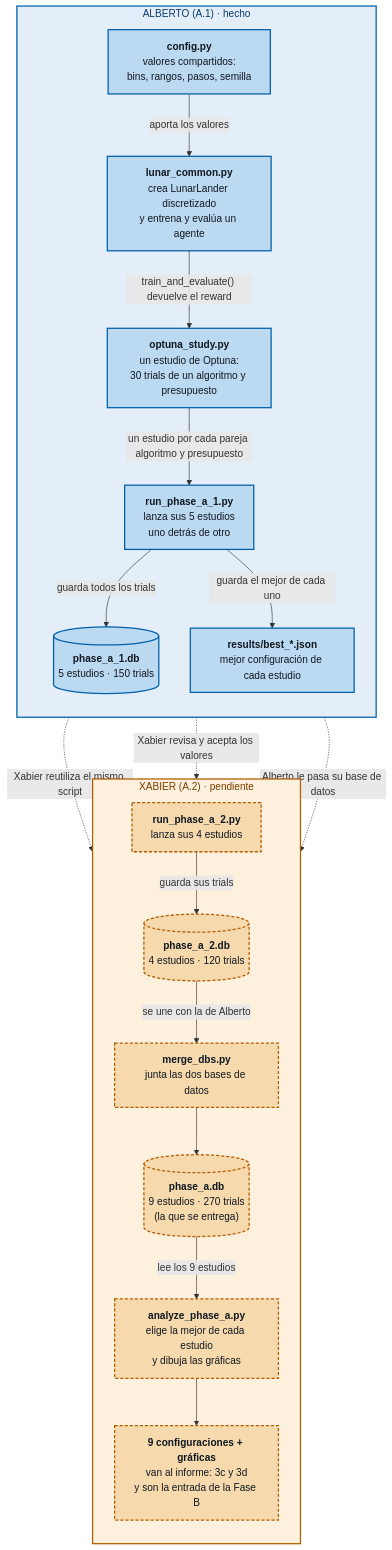
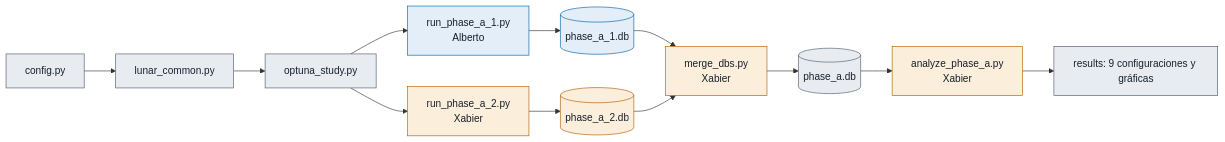
One commit to xabierabadperez/RL-Actividad_01 changed the diagram in ESTADO_EQUIPO.md. Above: the diagram before and after it, drawn with Mermaid. The commit also changed other lines of this file, not shown here.

````diff
--- a/ESTADO_EQUIPO.md
+++ b/ESTADO_EQUIPO.md
@@ -80,43 +80,20 @@
 ```mermaid
-flowchart TB
-    subgraph ALB["ALBERTO (A.1) · hecho"]
-        direction TB
-        C["<b>config.py</b><br/>valores compartidos:<br/>bins, rangos, pasos, semilla"]
-        L["<b>lunar_common.py</b><br/>crea LunarLander discretizado<br/>y entrena y evalúa un agente"]
-        O["<b>optuna_study.py</b><br/>un estudio de Optuna:<br/>30 trials de un algoritmo y presupuesto"]
-        R1["<b>run_phase_a_1.py</b><br/>lanza sus 5 estudios<br/>uno detrás de otro"]
-        D1[("<b>phase_a_1.db</b><br/>5 estudios · 150 trials")]
-        J1["<b>results/best_*.json</b><br/>mejor configuración de cada estudio"]
-        C -->|"aporta los valores"| L
-        L -->|"train_and_evaluate() devuelve el reward"| O
-        O -->|"un estudio por cada pareja algoritmo y presupuesto"| R1
-        R1 -->|"guarda todos los trials"| D1
-        R1 -->|"guarda el mejor de cada uno"| J1
-    end
+flowchart LR
+    C[config.py] --> L[lunar_common.py] --> O[optuna_study.py]
+    O --> R1[run_phase_a_1.py<br/>Alberto]
+    O --> R2[run_phase_a_2.py<br/>Xabier]
+    R1 --> D1[(phase_a_1.db)]
+    R2 --> D2[(phase_a_2.db)]
+    D1 --> M[merge_dbs.py<br/>Xabier]
+    D2 --> M
+    M --> D[(phase_a.db)]
+    D --> A[analyze_phase_a.py<br/>Xabier]
+    A --> Z[results: 9 configuraciones y gráficas]
 
-    subgraph XAB["XABIER (A.2) · pendiente"]
-        direction TB
-        R2["<b>run_phase_a_2.py</b><br/>lanza sus 4 estudios"]
-        D2[("<b>phase_a_2.db</b><br/>4 estudios · 120 trials")]
-        M["<b>merge_dbs.py</b><br/>junta las dos bases de datos"]
-        D[("<b>phase_a.db</b><br/>9 estudios · 270 trials<br/>(la que se entrega)")]
-        A["<b>analyze_phase_a.py</b><br/>elige la mejor de cada estudio<br/>y dibuja las gráficas"]
-        Z["<b>9 configuraciones + gráficas</b><br/>van al informe: 3c y 3d<br/>y son la entrada de la Fase B"]
-        R2 -->|"guarda sus trials"| D2
-        D2 -->|"se une con la de Alberto"| M
-        M --> D
-        D -->|"lee los 9 estudios"| A
-        A --> Z
-    end
-
-    O -. "Xabier reutiliza el mismo script" .-> R2
-    C -. "Xabier revisa y acepta los valores" .-> R2
-    D1 -. "Alberto le pasa su base de datos" .-> M
-
-    classDef hecho fill:#bcd9f2,stroke:#0060aa,stroke-width:2px,color:#101820
-    classDef pendiente fill:#f7d9ae,stroke:#b35c00,stroke-width:2px,stroke-dasharray:5 3,color:#101820
-    class C,L,O,R1,D1,J1 hecho
-    class R2,D2,M,D,A,Z pendiente
-    style ALB fill:#e3eef8,stroke:#0060aa,stroke-width:2px,color:#0a3d6b
-    style XAB fill:#fdf0dd,stroke:#b35c00,stroke-width:2px,color:#7a3f00
+    classDef compartido fill:#e8ecf1,stroke:#4d5b6c,color:#17202c
+    classDef alberto fill:#e3eef8,stroke:#0060aa,color:#17202c
+    classDef xabier fill:#fbeedb,stroke:#b35c00,color:#17202c
+    class C,L,O,D,Z compartido
+    class R1,D1 alberto
+    class R2,D2,M,A xabier
 ```
````
